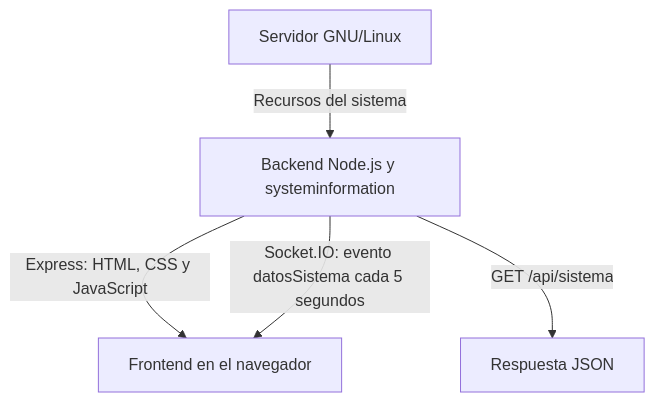
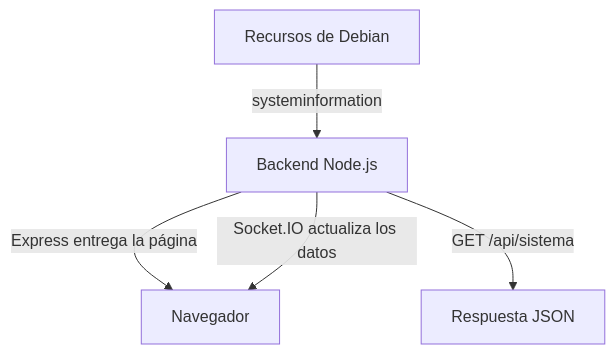
Before and after one commit to casemmateo/TP-FINAL-INTEGRADOR: the diagram in README.md, drawn with Mermaid. The commit also changed other lines of this file, not shown here.

````diff
--- a/README.md
+++ b/README.md
@@ -73,7 +51,7 @@
 ```mermaid
 flowchart TD
-    A["Servidor GNU/Linux"] -->|"Recursos del sistema"| B["Backend Node.js y systeminformation"]
-    B -->|"Express: HTML, CSS y JavaScript"| C["Frontend en el navegador"]
-    B -->|"Socket.IO: evento datosSistema cada 5 segundos"| C
+    A["Recursos de Debian"] -->|"systeminformation"| B["Backend Node.js"]
+    B -->|"Express entrega la página"| C["Navegador"]
+    B -->|"Socket.IO actualiza los datos"| C
     B -->|"GET /api/sistema"| D["Respuesta JSON"]
 ```
````
